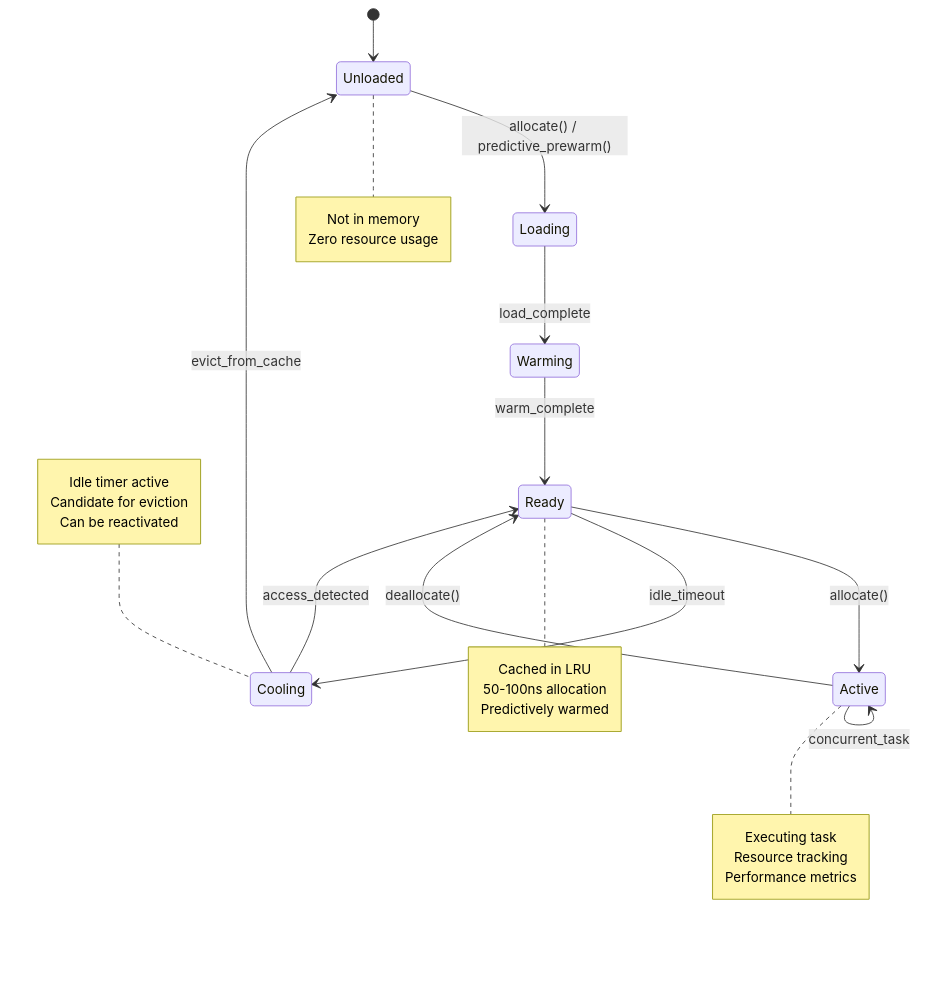
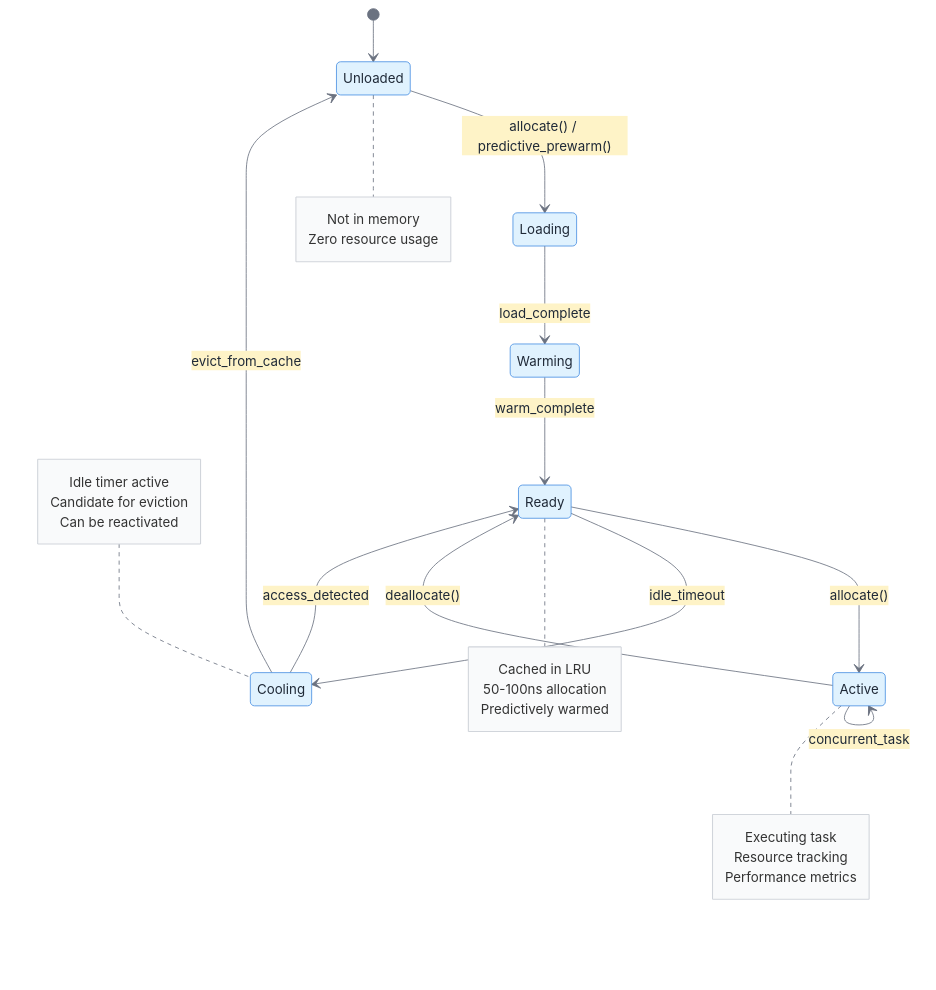
One commit to Symphony-aide/Symphony changed the second of 10 diagrams in STATE_DIAGRAM.md. Above: the diagram before and after it, drawn with Mermaid. The commit also changed other lines of this file and 2 other files, not shown here.

````diff
--- a/STATE_DIAGRAM.md
+++ b/STATE_DIAGRAM.md
@@ -89,40 +90,41 @@
 ```mermaid
+%%{init: {'theme':'base', 'themeVariables': { 'primaryColor':'#e0f2fe', 'primaryTextColor':'#1f2937', 'primaryBorderColor':'#4a90e2', 'lineColor':'#6b7280', 'secondaryColor':'#fef3c7', 'tertiaryColor':'#f0f9ff', 'noteBkgColor':'#f9fafb', 'noteBorderColor':'#d1d5db'}}}%%
 stateDiagram-v2
     [*] --> Unloaded
-    
-    Unloaded --> Loading: allocate() / predictive_prewarm()
-    Loading --> Warming: load_complete
-    Warming --> Ready: warm_complete
-    
-    Ready --> Active: allocate()
-    Active --> Ready: deallocate()
-    
-    Ready --> Cooling: idle_timeout
-    Cooling --> Unloaded: evict_from_cache
-    Cooling --> Ready: access_detected
-    
-    Active --> Active: concurrent_task
+
+    Unloaded --> Loading : allocate() / predictive_prewarm()
+    Loading --> Warming : load_complete
+    Warming --> Ready : warm_complete
+
+    Ready --> Active : allocate()
+    Active --> Ready : deallocate()
+
+    Ready --> Cooling : idle_timeout
+    Cooling --> Unloaded : evict_from_cache
+    Cooling --> Ready : access_detected
+
+    Active --> Active : concurrent_task
     
     note right of Unloaded
         Not in memory
         Zero resource usage
     end note
     
     note right of Ready
         Cached in LRU
         50-100ns allocation
         Predictively warmed
     end note
     
     note right of Active
         Executing task
         Resource tracking
         Performance metrics
     end note
     
     note left of Cooling
         Idle timer active
         Candidate for eviction
         Can be reactivated
     end note
 ```
````
